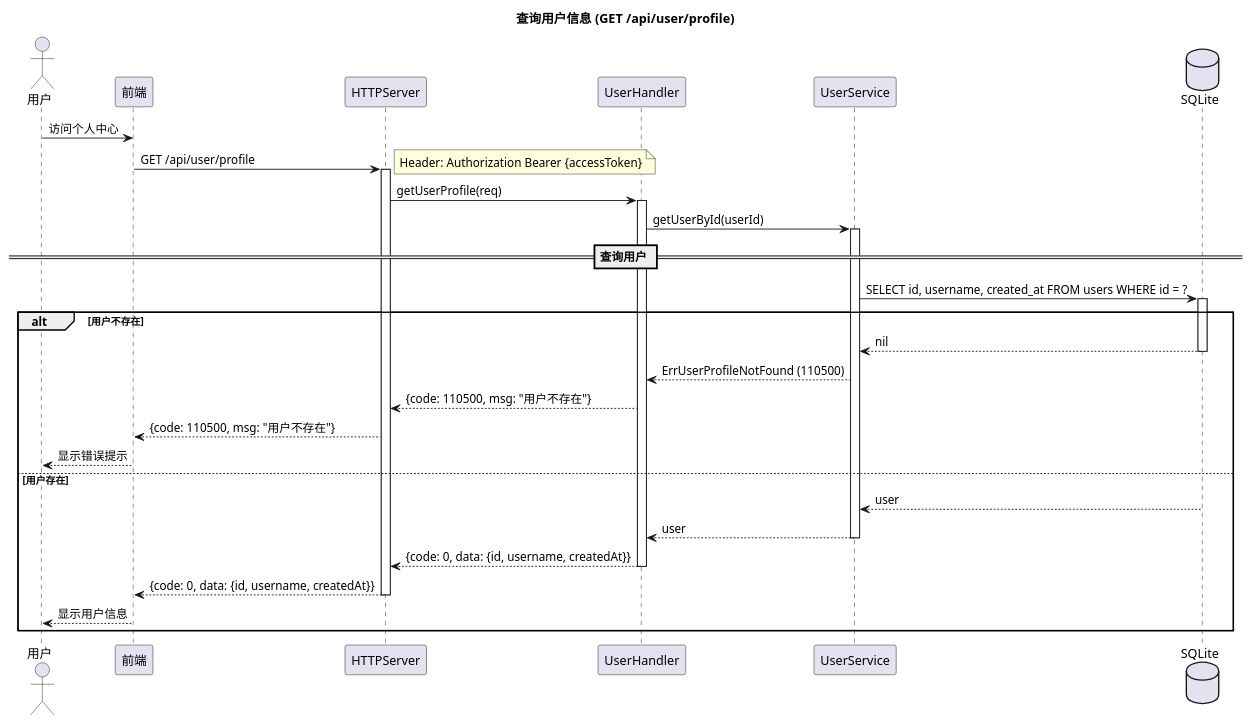
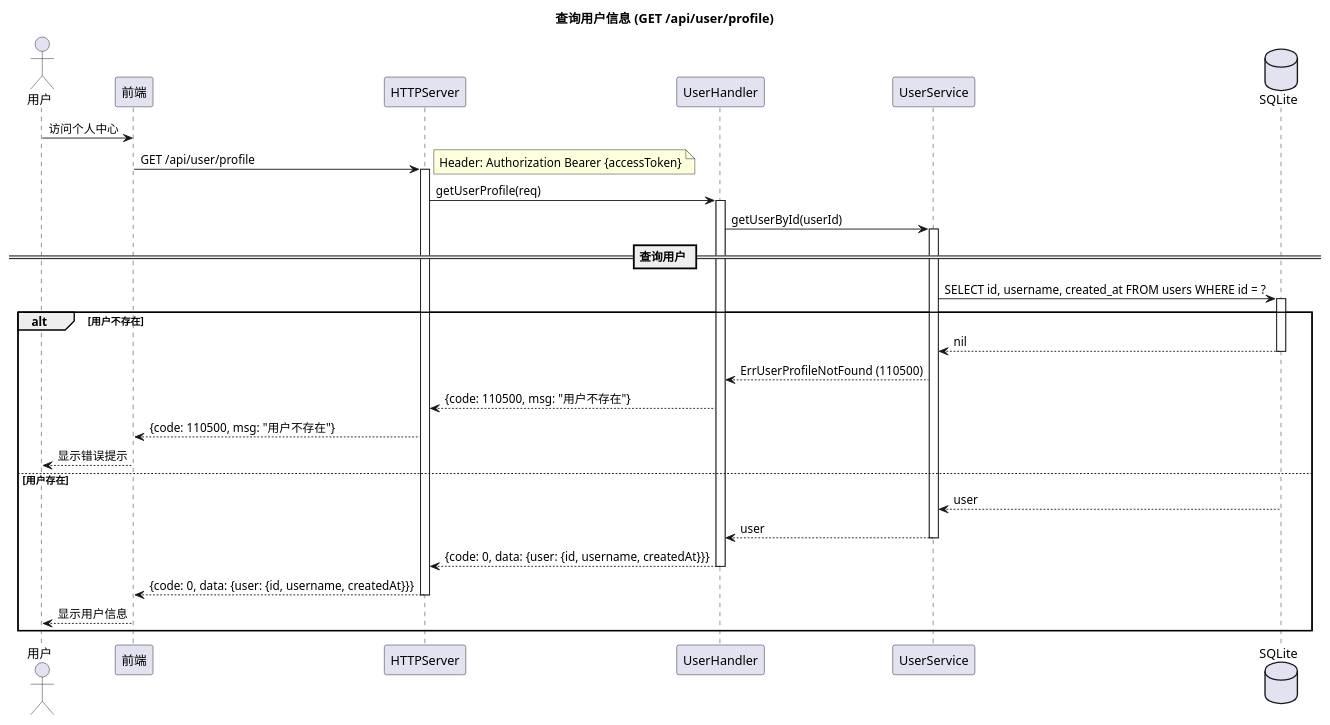
The diagram in docs/uml/02-sequence/01-05-get-user-profile.puml (loommii/OctoTify), drawn with PlantUML before and after one commit. The commit also changed 11 other files, not shown here.

```diff
--- a/docs/uml/02-sequence/01-05-get-user-profile.puml
+++ b/docs/uml/02-sequence/01-05-get-user-profile.puml
@@ -1,48 +1,48 @@
 @startuml OctoTify_Sequence_GetUserProfile
 
 skinparam sequenceStyle svg
 skinparam linetype ortho
 
 title 查询用户信息 (GET /api/user/profile)
 
 actor "用户" as User
 participant "前端" as Frontend
 participant "HTTPServer" as Server
 participant "UserHandler" as Handler
 participant "UserService" as UserSvc
 database "SQLite" as DB
 
 User -> Frontend: 访问个人中心
 Frontend -> Server: GET /api/user/profile
 note right: Header: Authorization Bearer {accessToken}
 activate Server
 Server -> Handler: getUserProfile(req)
 activate Handler
 Handler -> UserSvc: getUserById(userId)
 activate UserSvc
 
 == 查询用户 ==
 
 UserSvc -> DB: SELECT id, username, created_at FROM users WHERE id = ?
 activate DB
 
 alt 用户不存在
     DB --> UserSvc: nil
     deactivate DB
     UserSvc --> Handler: ErrUserProfileNotFound (110500)
     Handler --> Server: {code: 110500, msg: "用户不存在"}
     Server --> Frontend: {code: 110500, msg: "用户不存在"}
     Frontend --> User: 显示错误提示
 else 用户存在
     DB --> UserSvc: user
     deactivate DB
     UserSvc --> Handler: user
     deactivate UserSvc
-    Handler --> Server: {code: 0, data: {id, username, createdAt}}
+    Handler --> Server: {code: 0, data: {user: {id, username, createdAt}}}
     deactivate Handler
-    Server --> Frontend: {code: 0, data: {id, username, createdAt}}
+    Server --> Frontend: {code: 0, data: {user: {id, username, createdAt}}}
     deactivate Server
     Frontend --> User: 显示用户信息
 end
 
 @enduml
```
